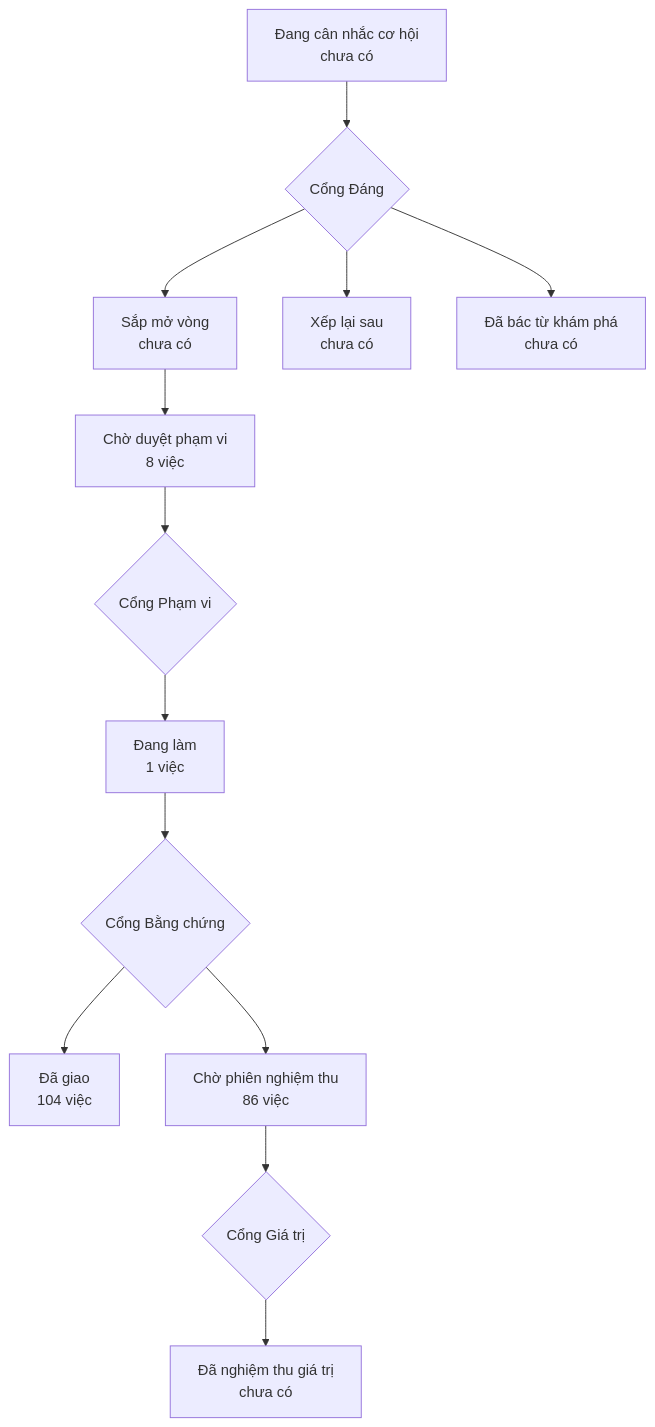
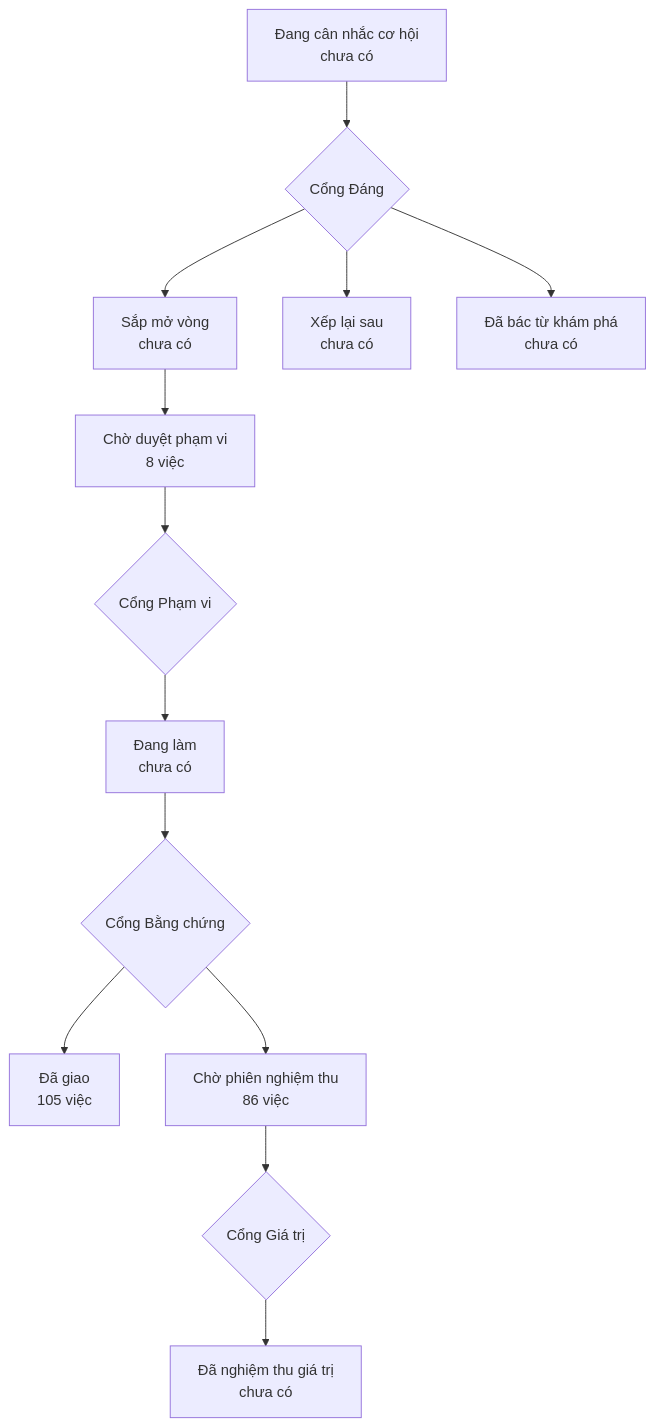
The diagram in PRODUCT-MAP.md (phanlemanh/onehub-invest), drawn with Mermaid before and after one commit. The commit also changed other lines of this file and 4 other files, not shown here.

````diff
--- a/PRODUCT-MAP.md
+++ b/PRODUCT-MAP.md
@@ -7,12 +7,12 @@
 ```mermaid
 flowchart TD
   A["Đang cân nhắc cơ hội<br/>chưa có"] --> GD{"Cổng Đáng"}
   GD --> B["Sắp mở vòng<br/>chưa có"]
   GD --> XL["Xếp lại sau<br/>chưa có"]
   GD --> DB["Đã bác từ khám phá<br/>chưa có"]
   B --> CD["Chờ duyệt phạm vi<br/>8 việc"] --> GP{"Cổng Phạm vi"}
-  GP --> DL["Đang làm<br/>1 việc"] --> GB{"Cổng Bằng chứng"}
-  GB --> DG["Đã giao<br/>104 việc"]
+  GP --> DL["Đang làm<br/>chưa có"] --> GB{"Cổng Bằng chứng"}
+  GB --> DG["Đã giao<br/>105 việc"]
   GB --> CN["Chờ phiên nghiệm thu<br/>86 việc"] --> GG{"Cổng Giá trị"}
   GG --> NT["Đã nghiệm thu giá trị<br/>chưa có"]
 ```
````
